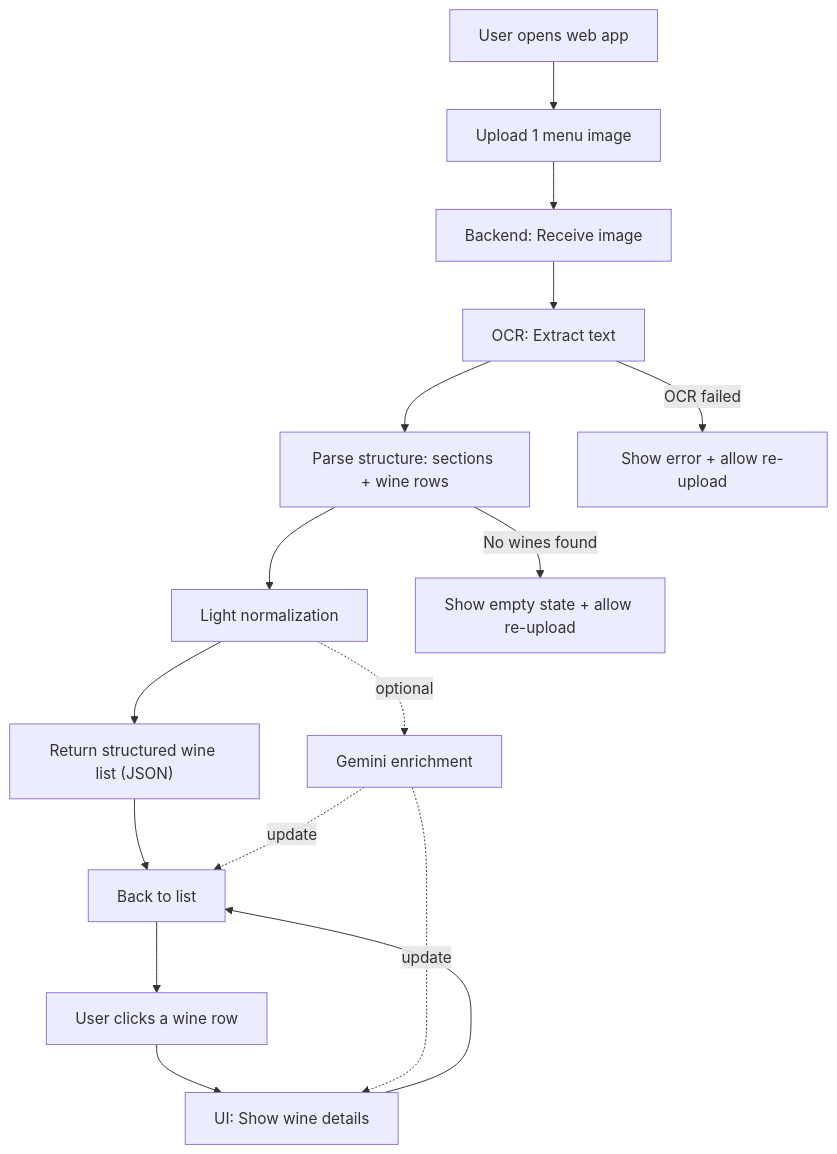
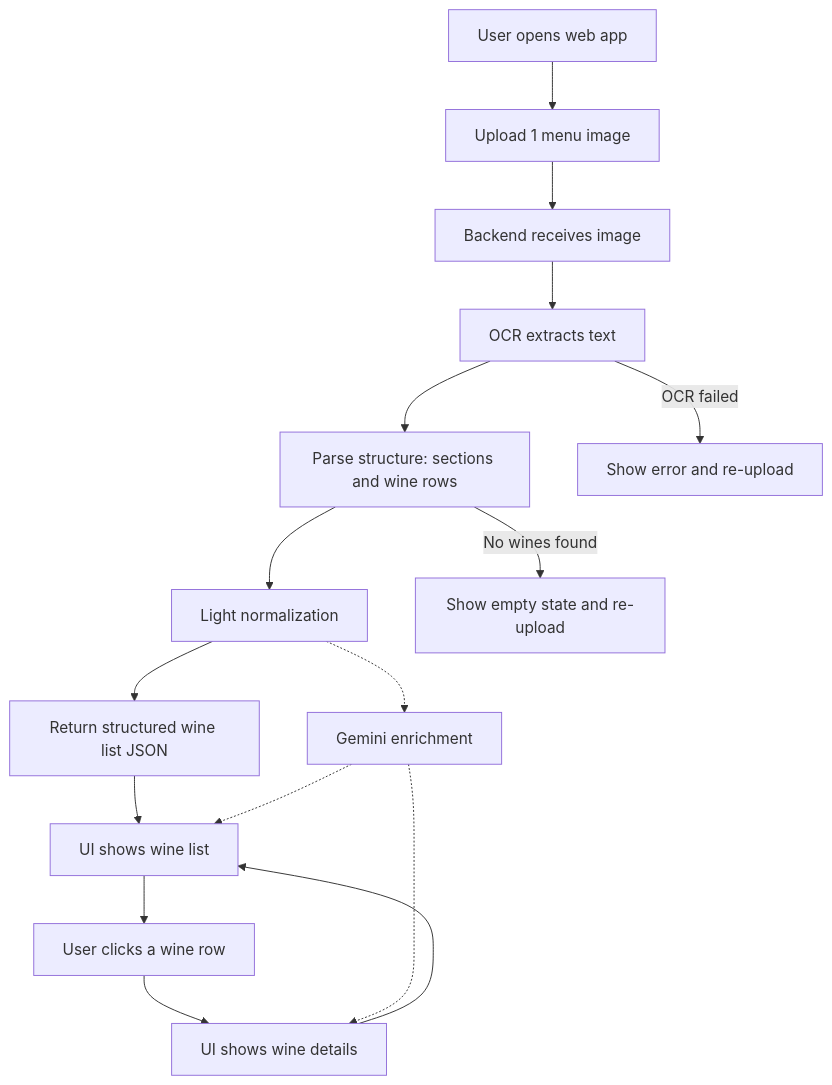
Before and after one commit to daviduswe/WineMenuScanner: the diagram in Requirements.md, drawn with Mermaid.

Commit message:
Fix Flowchart

````diff
--- a/Requirements.md
+++ b/Requirements.md
@@ -149,24 +149,23 @@
 ```mermaid
 flowchart TD
-    A[User opens web app] --> B[Upload 1 menu image]
-    B --> C[Backend: Receive image]
-    C --> D[OCR: Extract text]
-    D --> E["Parse structure: sections + wine rows"]
-    E --> F[Light normalization]
+    A[User opens web app] --> B[Upload 1 menu image];
+    B --> C[Backend receives image];
+    C --> D[OCR extracts text];
+    D --> E[Parse structure: sections and wine rows];
+    E --> F[Light normalization];
+    F --> G[Return structured wine list JSON];
+    G --> H[UI shows wine list];
 
-    F --> G["Return structured wine list (JSON)"]
-    G --> H["UI: Show wine list (search + filter + sort)"]
-
-    H --> I[User clicks a wine row]
-    I --> J[UI: Show wine details]
-    J --> H[Back to list]
+    H --> I[User clicks a wine row];
+    I --> J[UI shows wine details];
+    J --> H;
 
     %% Optional enrichment (best-effort)
-    F -. optional .-> K[Gemini enrichment]
-    K -. update .-> J
-    K -. update .-> H
+    F -.-> K[Gemini enrichment];
+    K -.-> J;
+    K -.-> H;
 
-    %% Error/empty handling
-    D -->|OCR failed| X["Show error + allow re-upload"]
-    E -->|No wines found| Y["Show empty state + allow re-upload"]
+    %% Error handling
+    D -->|OCR failed| X[Show error and re-upload];
+    E -->|No wines found| Y[Show empty state and re-upload];
 ```
````
